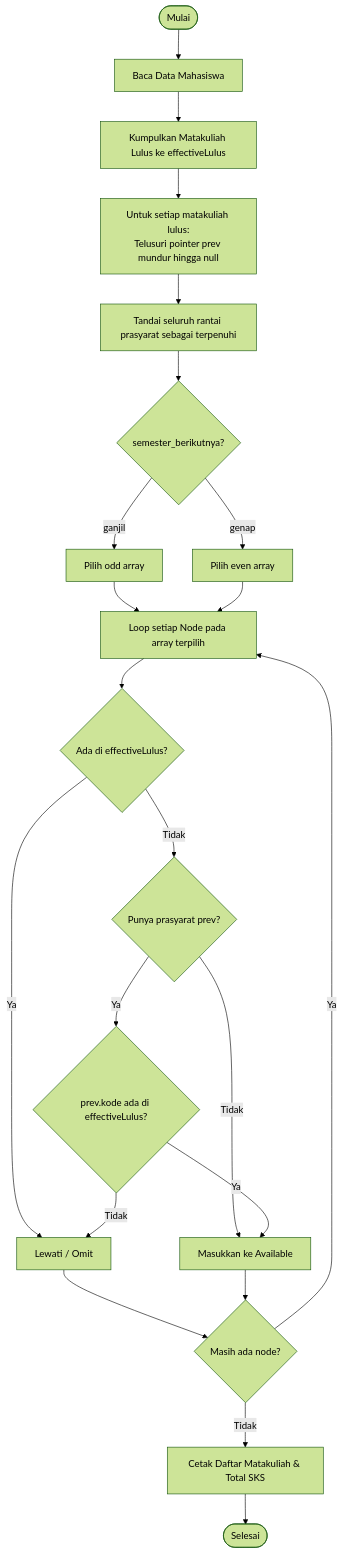
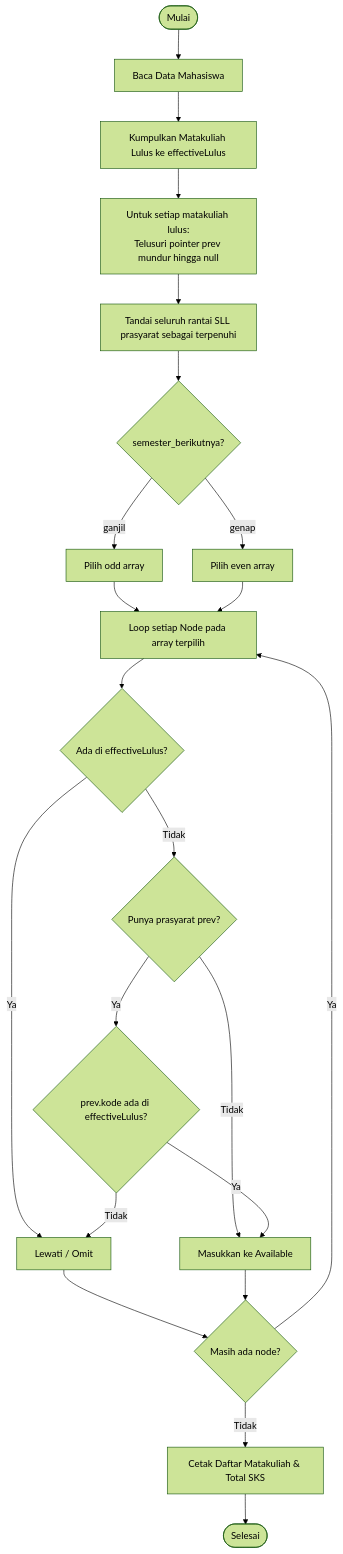
One commit to BrianFaruq/FinalProjectASD changed the diagram in README.md. Above: the diagram before and after it, drawn with Mermaid (forest theme). The commit also changed other lines of this file and 1 other file, not shown here.

Commit message:
Remove graph structure in favor of branched Singly Linked List

````diff
--- a/README.md
+++ b/README.md
@@ -101,24 +105,24 @@
 ```mermaid
 flowchart TD
     Start([Mulai]) --> ReadStudent[Baca Data Mahasiswa]
     ReadStudent --> CollectPassed[Kumpulkan Matakuliah Lulus ke effectiveLulus]
     CollectPassed --> BackwardTraversal[Untuk setiap matakuliah lulus:<br/>Telusuri pointer prev mundur hingga null]
-    BackwardTraversal --> MarkAncestors[Tandai seluruh rantai prasyarat sebagai terpenuhi]
+    BackwardTraversal --> MarkAncestors[Tandai seluruh rantai SLL prasyarat sebagai terpenuhi]
     MarkAncestors --> SelectArray{semester_berikutnya?}
     SelectArray -->|ganjil| UseOdd[Pilih odd array]
     SelectArray -->|genap| UseEven[Pilih even array]
     UseOdd --> ScanLoop[Loop setiap Node pada array terpilih]
     UseEven --> ScanLoop
     ScanLoop --> CheckPassed{Ada di effectiveLulus?}
     CheckPassed -->|Ya| SkipCourse[Lewati / Omit]
     CheckPassed -->|Tidak| CheckPrereq{Punya prasyarat prev?}
     CheckPrereq -->|Tidak| AddAvail[Masukkan ke Available]
     CheckPrereq -->|Ya| PrereqMet{prev.kode ada di effectiveLulus?}
     PrereqMet -->|Ya| AddAvail
     PrereqMet -->|Tidak| SkipCourse
     SkipCourse --> NextNode{Masih ada node?}
     AddAvail --> NextNode
     NextNode -->|Ya| ScanLoop
     NextNode -->|Tidak| PrintResult[Cetak Daftar Matakuliah & Total SKS]
     PrintResult --> End([Selesai])
 ```
````
